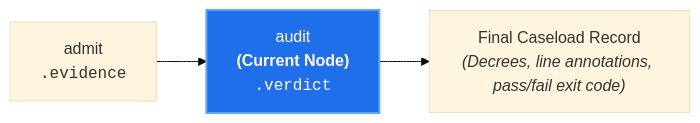
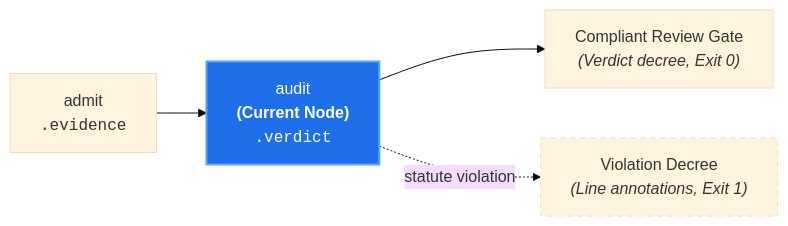
The diagram in docs/architecture/nodes/audit.md (PAIR-code/canon-clerk), drawn with Mermaid (base theme) before and after one commit. The commit also changed 8 other files, not shown here.

Commit message:
docs(architecture): standardize localized node diagrams with standalone and exit paths

````diff
--- a/docs/architecture/nodes/audit.md
+++ b/docs/architecture/nodes/audit.md
@@ -22,7 +22,10 @@
 ```mermaid
 flowchart LR
     Admit["admit<br/><code>.evidence</code>"] --> Audit["audit<br/><b>(Current Node)</b><br/><code>.verdict</code>"]
-    Audit --> Verdict["Final Caseload Record<br/><i>(Decrees, line annotations, pass/fail exit code)</i>"]
+
+    Audit --> Compliant["Compliant Review Gate<br/><i>(Verdict decree, Exit 0)</i>"]
+    Audit -. "statute violation" .-> Violation["Violation Decree<br/><i>(Line annotations, Exit 1)</i>"]
 
     style Audit fill:#1f6feb,stroke:#58a6ff,stroke-width:2px,color:#fff
+    style Violation stroke-dasharray: 5 5
 ```
````
